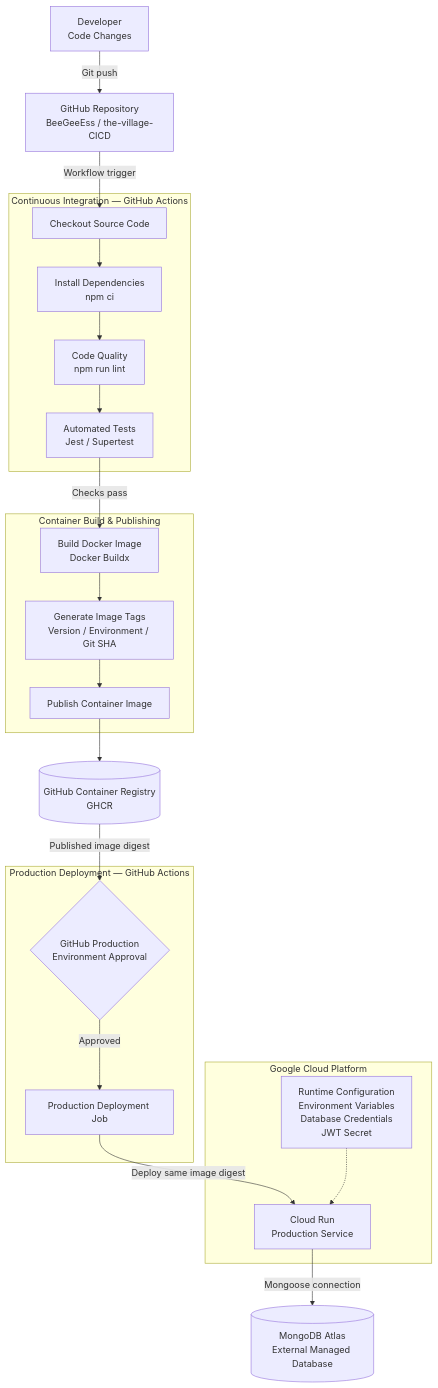
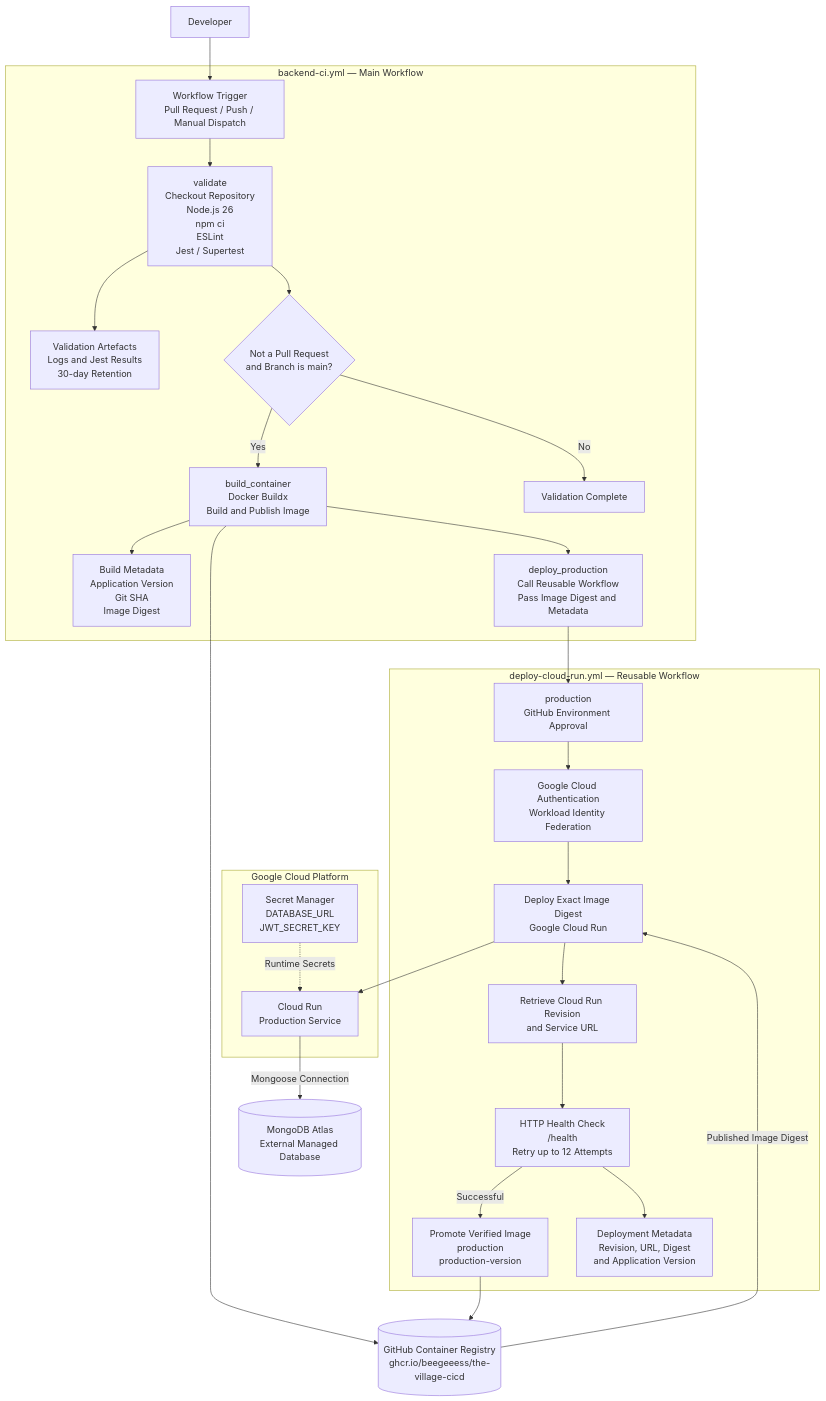
The third of 3 diagrams in README.md (BeeGeeEss/the-village-CICD), drawn with Mermaid before and after one commit. The commit also changed other lines of this file and 2 other files, not shown here.

Commit message:
FIX: Deleted code

````diff
--- a/README.md
+++ b/README.md
@@ -176,51 +189,70 @@
 ```mermaid
 flowchart TB
 
-    DEV["Developer<br/>Code Changes"]
-    REPO["GitHub Repository<br/>BeeGeeEss / the-village-CICD"]
+    DEV["Developer"]
 
-    subgraph CI["Continuous Integration — GitHub Actions"]
-        CHECKOUT["Checkout Source Code"]
-        INSTALL["Install Dependencies<br/>npm ci"]
-        LINT["Code Quality<br/>npm run lint"]
-        TEST["Automated Tests<br/>Jest / Supertest"]
+    subgraph MAIN["backend-ci.yml — Main Workflow"]
+        TRIGGER["Workflow Trigger<br/>Pull Request / Push / Manual Dispatch"]
 
-        CHECKOUT --> INSTALL
-        INSTALL --> LINT
-        LINT --> TEST
+        VALIDATE["validate<br/>Checkout Repository<br/>Node.js 26<br/>npm ci<br/>ESLint<br/>Jest / Supertest"]
+
+        TESTART["Validation Artefacts<br/>Logs and Jest Results<br/>30-day Retention"]
+
+        CONDITION{"Not a Pull Request<br/>and Branch is main?"}
+
+        BUILD["build_container<br/>Docker Buildx<br/>Build and Publish Image"]
+
+        METADATA["Build Metadata<br/>Application Version<br/>Git SHA<br/>Image Digest"]
+
+        REUSABLE["deploy_production<br/>Call Reusable Workflow<br/>Pass Image Digest and Metadata"]
+
+        TRIGGER --> VALIDATE
+        VALIDATE --> CONDITION
+        VALIDATE --> TESTART
+        CONDITION -->|"Yes"| BUILD
+        CONDITION -->|"No"| END["Validation Complete"]
+        BUILD --> METADATA
+        BUILD --> REUSABLE
     end
 
-    subgraph BUILD["Container Build & Publishing"]
-        DOCKER["Build Docker Image<br/>Docker Buildx"]
-        TAG["Generate Image Tags<br/>Version / Environment / Git SHA"]
-        PUSH["Publish Container Image"]
+    GHCR[("GitHub Container Registry<br/>ghcr.io/beegeeess/the-village-cicd")]
 
-        DOCKER --> TAG
-        TAG --> PUSH
+    subgraph REUSE["deploy-cloud-run.yml — Reusable Workflow"]
+        APPROVAL["production<br/>GitHub Environment Approval"]
+
+        AUTH["Google Cloud Authentication<br/>Workload Identity Federation"]
+
+        DEPLOY["Deploy Exact Image Digest<br/>Google Cloud Run"]
+
+        REVISION["Retrieve Cloud Run Revision<br/>and Service URL"]
+
+        HEALTH["HTTP Health Check<br/>/health<br/>Retry up to 12 Attempts"]
+
+        PROMOTE["Promote Verified Image<br/>production<br/>production-version"]
+
+        DEPLOYMETA["Deployment Metadata<br/>Revision, URL, Digest<br/>and Application Version"]
+
+        APPROVAL --> AUTH
+        AUTH --> DEPLOY
+        DEPLOY --> REVISION
+        REVISION --> HEALTH
+        HEALTH -->|"Successful"| PROMOTE
+        HEALTH --> DEPLOYMETA
     end
 
-    GHCR[("GitHub Container Registry<br/>GHCR")]
-
-    subgraph DEPLOY["Production Deployment — GitHub Actions"]
-        APPROVAL{"GitHub Production<br/>Environment Approval"}
-        PROD["Production Deployment Job"]
-
-        APPROVAL -->|"Approved"| PROD
-    end
-
-    subgraph CLOUD["Google Cloud Platform"]
-        RUN["Cloud Run<br/>Production Service"]
-        CONFIG["Runtime Configuration<br/>Environment Variables<br/>Database Credentials<br/>JWT Secret"]
+    subgraph GCP["Google Cloud Platform"]
+        CLOUDRUN["Cloud Run<br/>Production Service"]
+        SECRETS["Secret Manager<br/>DATABASE_URL<br/>JWT_SECRET_KEY"]
     end
 
     DB[("MongoDB Atlas<br/>External Managed Database")]
 
-    DEV -->|"Git push"| REPO
-    REPO -->|"Workflow trigger"| CHECKOUT
-    TEST -->|"Checks pass"| DOCKER
-    PUSH --> GHCR
-    GHCR -->|"Published image digest"| APPROVAL
-    PROD -->|"Deploy same image digest"| RUN
-    CONFIG -.-> RUN
-    RUN -->|"Mongoose connection"| DB
+    DEV --> TRIGGER
+    BUILD --> GHCR
+    REUSABLE --> APPROVAL
+    GHCR -->|"Published Image Digest"| DEPLOY
+    DEPLOY --> CLOUDRUN
+    SECRETS -.->|"Runtime Secrets"| CLOUDRUN
+    CLOUDRUN -->|"Mongoose Connection"| DB
+    PROMOTE --> GHCR
 ```
````
